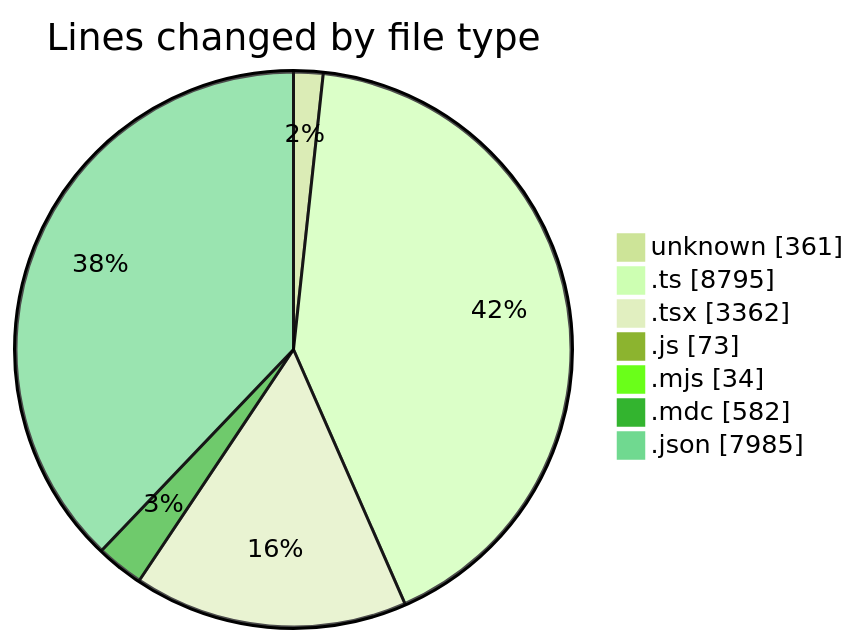
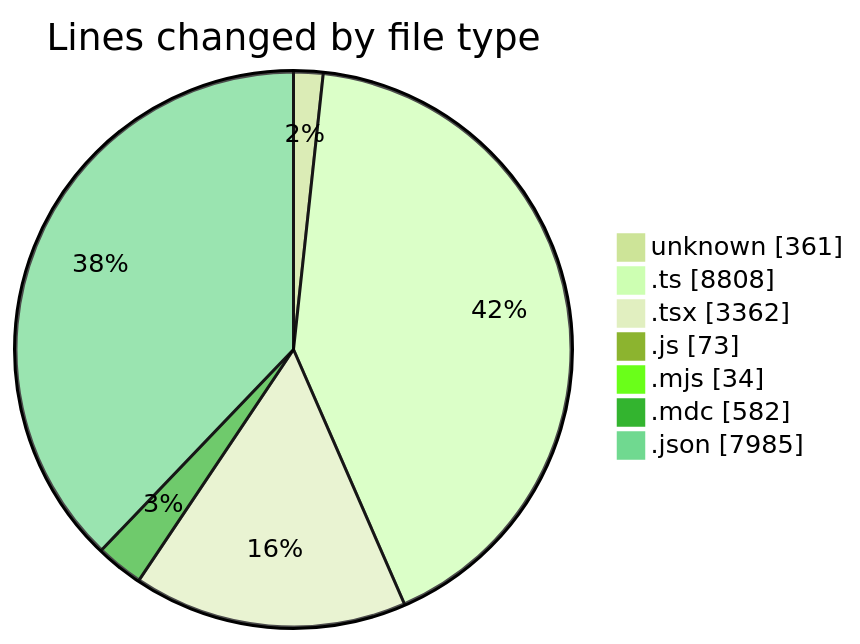
One commit to CELIANVF/code-tracking changed the first of 2 diagrams in 2025-06-13/ecodeli-1/README.md. Above: the diagram before and after it, drawn with Mermaid (forest theme). The commit also changed other lines of this file and 1 other file, not shown here.

````diff
--- a/2025-06-13/ecodeli-1/README.md
+++ b/2025-06-13/ecodeli-1/README.md
@@ -45,11 +45,11 @@
 ```mermaid
 pie showData
 title Lines changed by file type
 "unknown" : 361
-".ts" : 8795
+".ts" : 8808
 ".tsx" : 3362
 ".js" : 73
 ".mjs" : 34
 ".mdc" : 582
 ".json" : 7985
 ```
````
